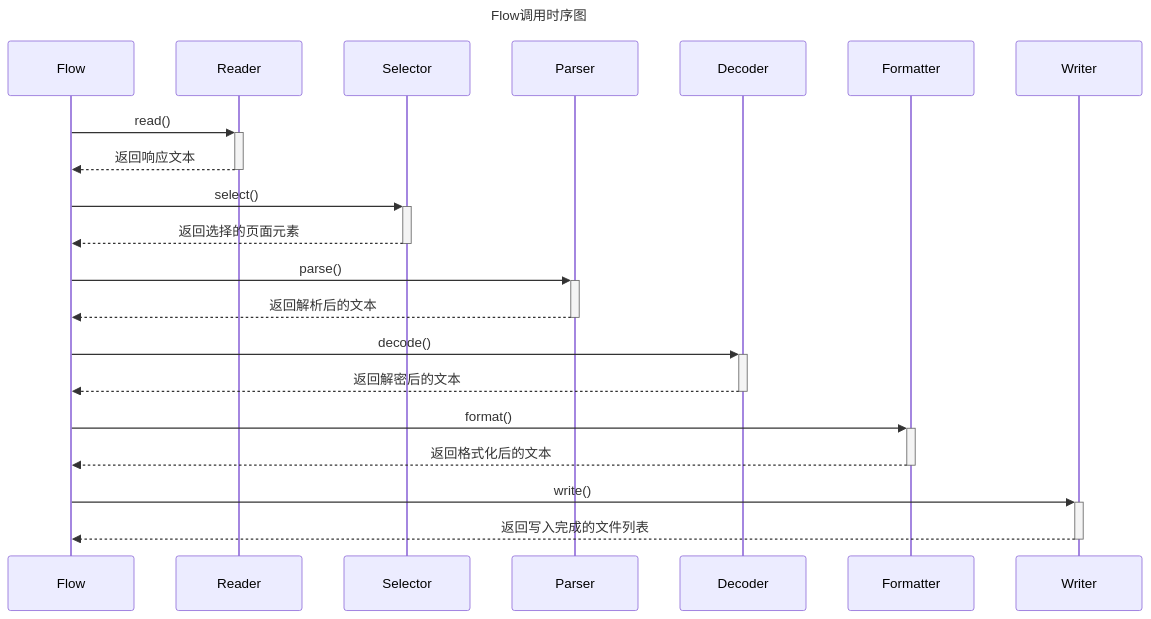
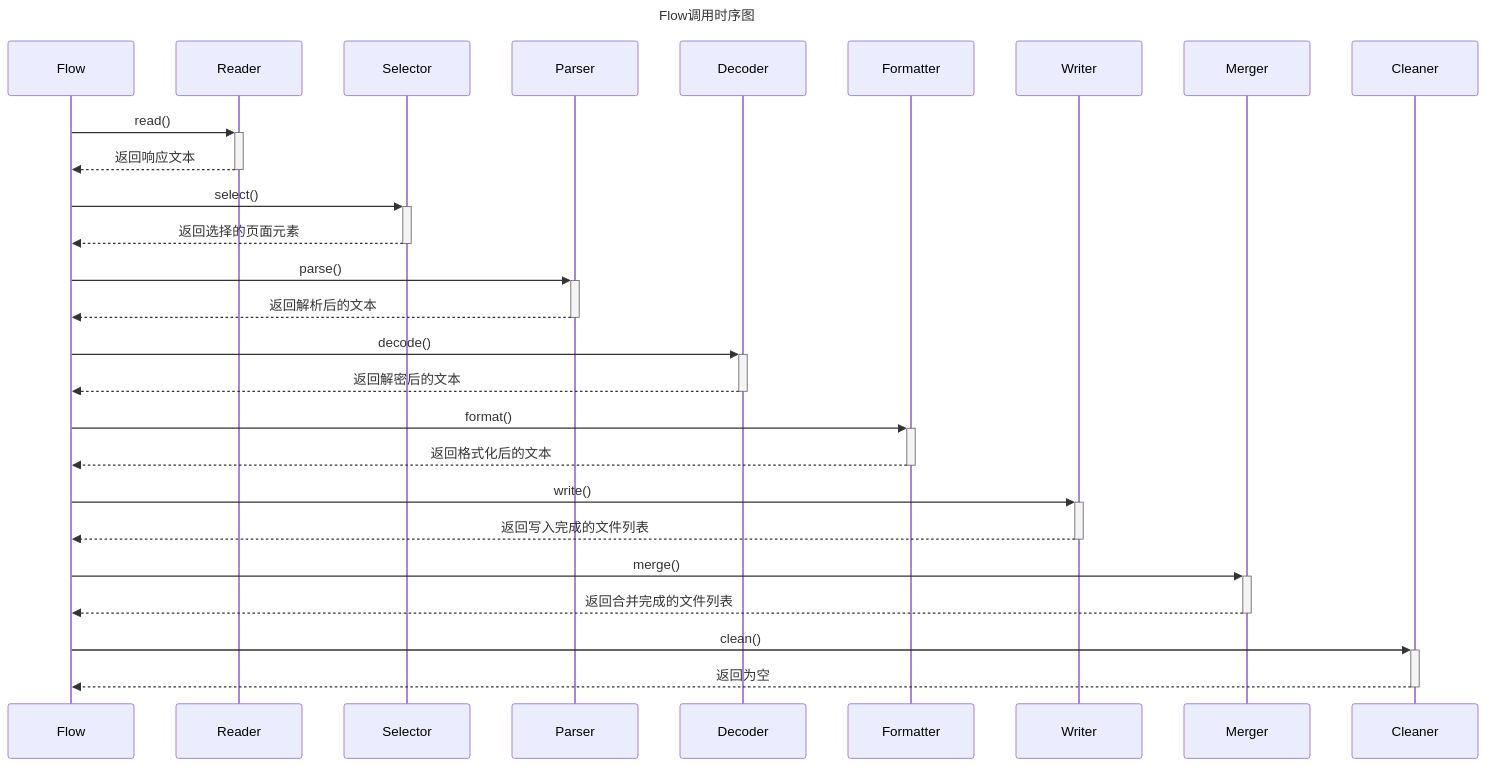
One commit to github-zailushang/shuqi-spider changed the second of 3 diagrams in README.md. Above: the diagram before and after it, drawn with Mermaid. The commit also changed other lines of this file, not shown here.

````diff
--- a/README.md
+++ b/README.md
@@ -38,29 +40,37 @@
 ```mermaid
 sequenceDiagram
 	title Flow调用时序图
     participant Flow
     participant Reader
     participant Selector
     participant Parser
 	participant Decoder
 	participant Formatter
 	participant Writer
+	participant Merger
+	participant Cleaner
 
     Flow->>+Reader: read()
     Reader-->>-Flow: 返回响应文本
     
     Flow->>+Selector: select()
     Selector-->>-Flow: 返回选择的页面元素
     
     Flow->>+Parser: parse()
     Parser-->>-Flow: 返回解析后的文本
     
     Flow->>+Decoder: decode()
     Decoder-->>-Flow: 返回解密后的文本
     
     Flow->>+Formatter: format()
     Formatter-->>-Flow: 返回格式化后的文本
     
     Flow->>+Writer: write()
     Writer-->>-Flow: 返回写入完成的文件列表
+    
+    Flow->>+Merger: merge()
+    Merger-->>-Flow: 返回合并完成的文件列表
+    
+    Flow->>+Cleaner: clean()
+    Cleaner-->>-Flow: 返回为空
 ```
````
